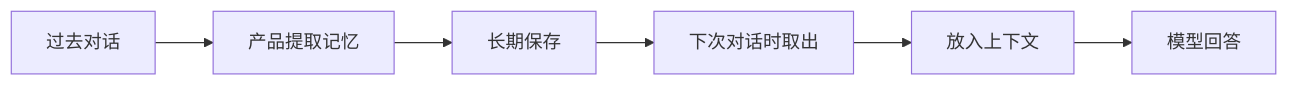
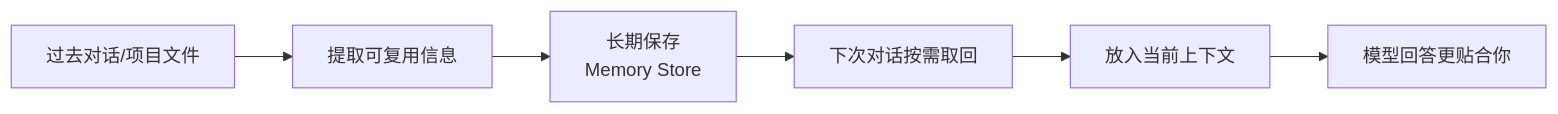
Before and after one commit to Unclecheng-li/Hello-AI: the fourth of 4 diagrams in docs/basics/prompt-context-memory.md, drawn with Mermaid. The commit also changed other lines of this file and 33 other files, not shown here.

````diff
--- a/docs/basics/prompt-context-memory.md
+++ b/docs/basics/prompt-context-memory.md
@@ -123,8 +262,8 @@
-```mermaid
+~~~mermaid
 flowchart LR
-    A[过去对话] --> B[产品提取记忆]
-    B --> C[长期保存]
-    C --> D[下次对话时取出]
-    D --> E[放入上下文]
-    E --> F[模型回答]
-```
+    A[过去对话/项目文件] --> B[提取可复用信息]
+    B --> C[长期保存<br/>Memory Store]
+    C --> D[下次对话按需取回]
+    D --> E[放入当前上下文]
+    E --> F[模型回答更贴合你]
+~~~
````
